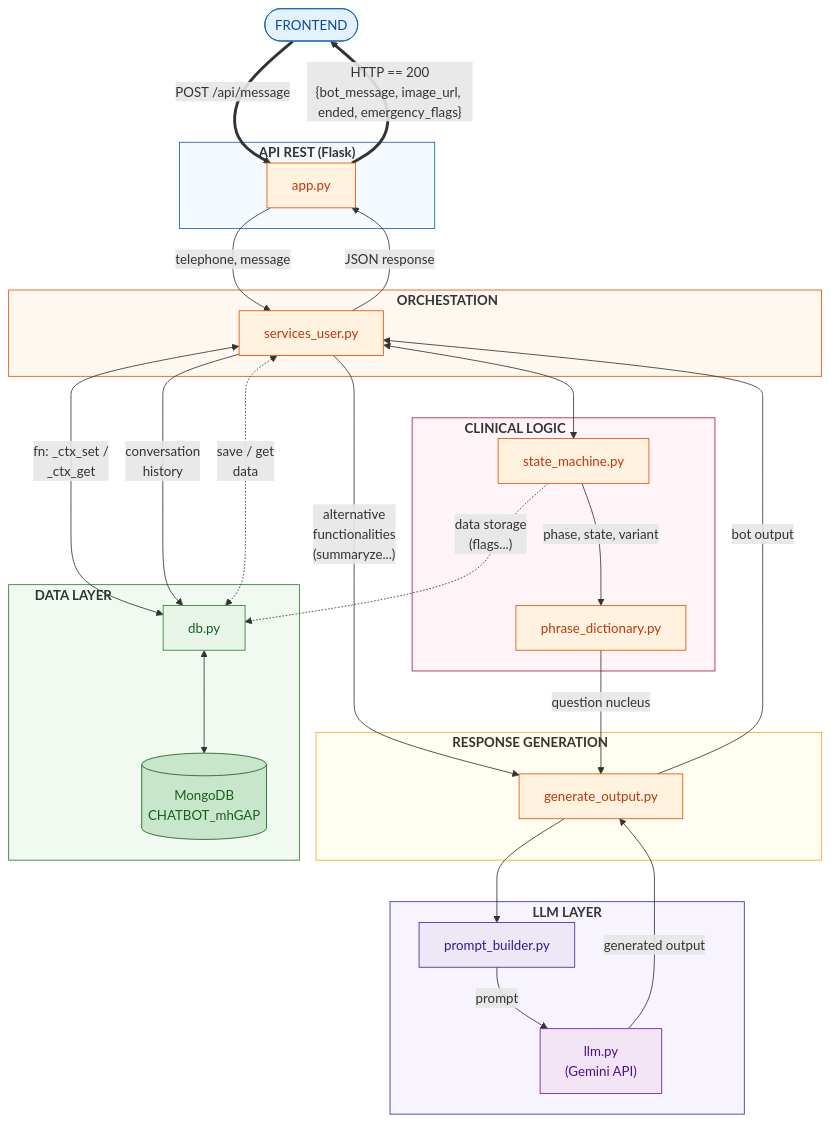
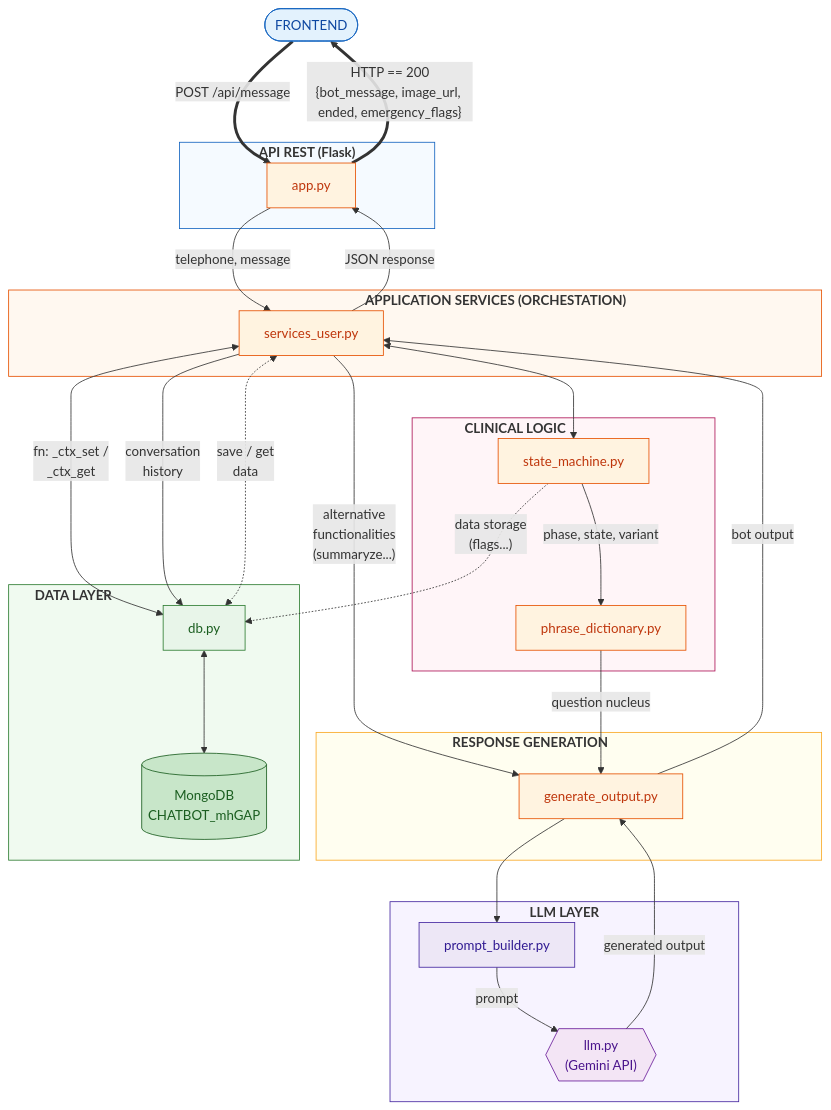
One commit to JordiiQueralto/AURORA_mhGAP-IG_v2.0 changed the diagram in diagrams/0_General_view.md. Above: the diagram before and after it, drawn with Mermaid. The commit also changed 5 other files, not shown here.

Commit message:
feat: state_machine diagrams

````diff
--- a/diagrams/0_General_view.md
+++ b/diagrams/0_General_view.md
@@ -1,63 +1,64 @@
 ```mermaid
 flowchart TD
     FE([FRONTEND]):::external
 
     subgraph API["<b>API REST (Flask)</b>"]
         APP["app.py"]:::module
     end
 
-    subgraph ORCH["<b> &nbsp;&nbsp;&nbsp;&nbsp;&nbsp; &nbsp;&nbsp;&nbsp;&nbsp; &nbsp;&nbsp;&nbsp;&nbsp; &nbsp;&nbsp;&nbsp;&nbsp;ORCHESTATION</b>"]
+    subgraph ORCH["<b> &nbsp;&nbsp;&nbsp;&nbsp;&nbsp;&nbsp;&nbsp;&nbsp;&nbsp;&nbsp;&nbsp;&nbsp;&nbsp;&nbsp;&nbsp;&nbsp;&nbsp;&nbsp;&nbsp;&nbsp;&nbsp; &nbsp;&nbsp;&nbsp;&nbsp; &nbsp;&nbsp;&nbsp;&nbsp; &nbsp;&nbsp;&nbsp;&nbsp;&nbsp;&nbsp;&nbsp;&nbsp; &nbsp;&nbsp;&nbsp;&nbsp; &nbsp;&nbsp;&nbsp;&nbsp;APPLICATION SERVICES (ORCHESTATION)</b>"]
         MAIN["services_user.py"]:::module
     end
 
     subgraph CLINICAL["<b>CLINICAL LOGIC &nbsp;&nbsp;&nbsp;&nbsp; &nbsp;&nbsp;&nbsp;&nbsp; &nbsp;&nbsp;&nbsp;&nbsp; &nbsp;&nbsp;&nbsp;&nbsp; &nbsp;&nbsp;&nbsp;&nbsp; &nbsp;&nbsp;&nbsp;&nbsp;</b>"]
         FSM_MOD["state_machine.py"]:::module
         PHRASE["phrase_dictionary.py"]:::module
     end
 
     subgraph GENOUT["<b>RESPONSE GENERATION &nbsp;&nbsp;&nbsp;&nbsp; &nbsp;&nbsp;&nbsp;&nbsp; &nbsp;&nbsp;&nbsp;&nbsp; &nbsp;&nbsp;&nbsp;&nbsp; &nbsp;&nbsp;&nbsp;</b>"]
         GEN["generate_output.py"]:::module
     end
 
     subgraph LLM_L["<b>LLM LAYER</b>"]
         PB["prompt_builder.py"]:::prompt
-        LLM["llm.py\n(Gemini API)"]:::llm
+        %% CAMBIO AQUÍ: Uso de llaves { } para generar el rombo y <br/> para el salto de línea
+        LLM{{"llm.py<br/>(Gemini API)"}}:::llm
     end
 
     subgraph DB_L["<b>DATA LAYER &nbsp;&nbsp;&nbsp;&nbsp; &nbsp;&nbsp;&nbsp;&nbsp; &nbsp;&nbsp;&nbsp;&nbsp; &nbsp;&nbsp;&nbsp;&nbsp; &nbsp;&nbsp;&nbsp;&nbsp; &nbsp;&nbsp;&nbsp;&nbsp; &nbsp;&nbsp;&nbsp;&nbsp; &nbsp;&nbsp;&nbsp;&nbsp; &nbsp;&nbsp;&nbsp;&nbsp; &nbsp;&nbsp;&nbsp;&nbsp;</b>"]
         DB["db.py"]:::dbmod
         MONGO[("MongoDB\nCHATBOT_mhGAP")]:::db
     end
 
     FE ==>|"POST /api/message"| APP
     APP -->|"telephone, message"| MAIN
     MAIN <-->|"fn: _ctx_set / \n_ctx_get"| DB
     MAIN -->|"conversation\nhistory"| DB
     MAIN <-.->|"save / get \ndata"| DB
     MAIN <--> FSM_MOD
     MAIN --> |"alternative\nfunctionalities\n(summaryze...)"| GEN
     FSM_MOD -->|"phase, state, variant"| PHRASE
     PHRASE -->|"question nucleus"| GEN
     GEN --> PB
     PB -->|"prompt"| LLM
     LLM -->|"generated output"| GEN
     GEN -->|"bot output"| MAIN
     DB <--> MONGO
     MAIN -->|"JSON response"| APP
     APP ==>|"HTTP == 200<br/>{bot_message, image_url, ended, emergency_flags}"| FE
     FSM_MOD -.-> |"data storage<br/>(flags...)"|DB
 
     classDef external fill:#e3f2fd,stroke:#1565c0,color:#0d47a1
     classDef module  fill:#fff3e0,stroke:#e65100,color:#bf360c
     classDef prompt  fill:#ede7f6,stroke:#4527a0,color:#311b92
     classDef llm     fill:#f3e5f5,stroke:#6a1b9a,color:#4a148c
     classDef dbmod   fill:#e8f5e9,stroke:#2e7d32,color:#1b5e20
     classDef db      fill:#c8e6c9,stroke:#1b5e20,color:#1b5e20
 
     style API      fill:#f5faff,stroke:#1565c0
     style ORCH     fill:#fff8f0,stroke:#e65100
     style CLINICAL fill:#fff5f8,stroke:#ad1457
     style GENOUT   fill:#fffef0,stroke:#f9a825
     style LLM_L    fill:#f7f3ff,stroke:#4527a0
     style DB_L     fill:#f0faf0,stroke:#2e7d32
 ```
````
